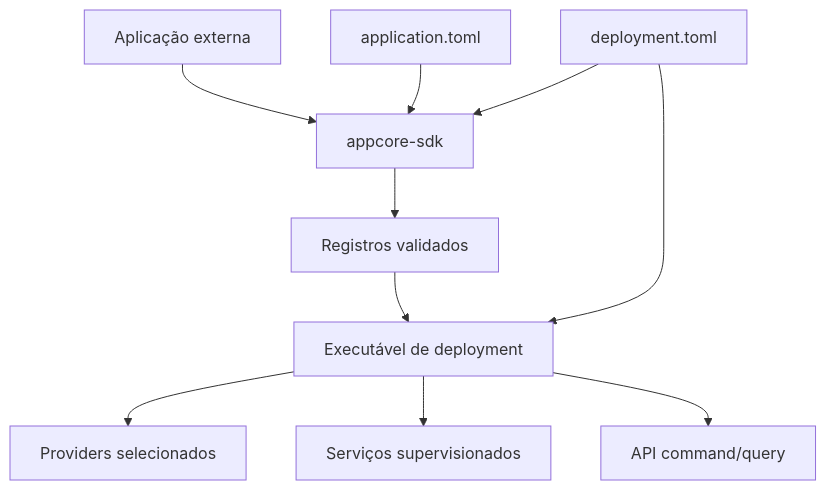
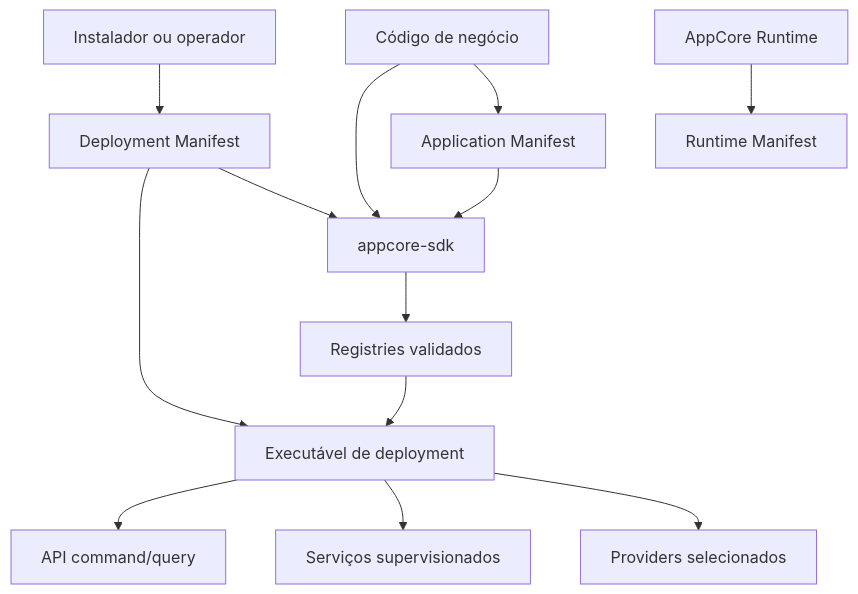
One commit to dnettoRaw/appcore-wiki changed the first of 2 diagrams in i18n/pt/docusaurus-plugin-content-docs/current/introduction/what-is-appcore.md. Above: the diagram before and after it, drawn with Mermaid. The commit also changed 16 other files, not shown here.

````diff
--- a/i18n/pt/docusaurus-plugin-content-docs/current/introduction/what-is-appcore.md
+++ b/i18n/pt/docusaurus-plugin-content-docs/current/introduction/what-is-appcore.md
@@ -27,12 +27,15 @@
 ```mermaid
 flowchart TB
-    App[Aplicação externa] --> SDK[appcore-sdk]
-    Manifest[application.toml] --> SDK
-    Deployment[deployment.toml] --> SDK
-    SDK --> Prepared[Registros validados]
-    Prepared --> Executable[Executável de deployment]
-    Deployment --> Executable
-    Executable --> Providers[Providers selecionados]
-    Executable --> Services[Serviços supervisionados]
-    Executable --> API[API command/query]
+    Business[Código de negócio] --> AppManifest[Application Manifest]
+    Operator[Instalador ou operador] --> DeployManifest[Deployment Manifest]
+    Runtime[AppCore Runtime] --> RuntimeManifest[Runtime Manifest]
+    AppManifest --> SDK[appcore-sdk]
+    DeployManifest --> SDK
+    Business --> SDK
+    SDK --> Prepared[Registries validados]
+    DeployManifest --> Deployment[Executável de deployment]
+    Prepared --> Deployment
+    Deployment --> Providers[Providers selecionados]
+    Deployment --> Services[Serviços supervisionados]
+    Deployment --> API[API command/query]
 ```
````
